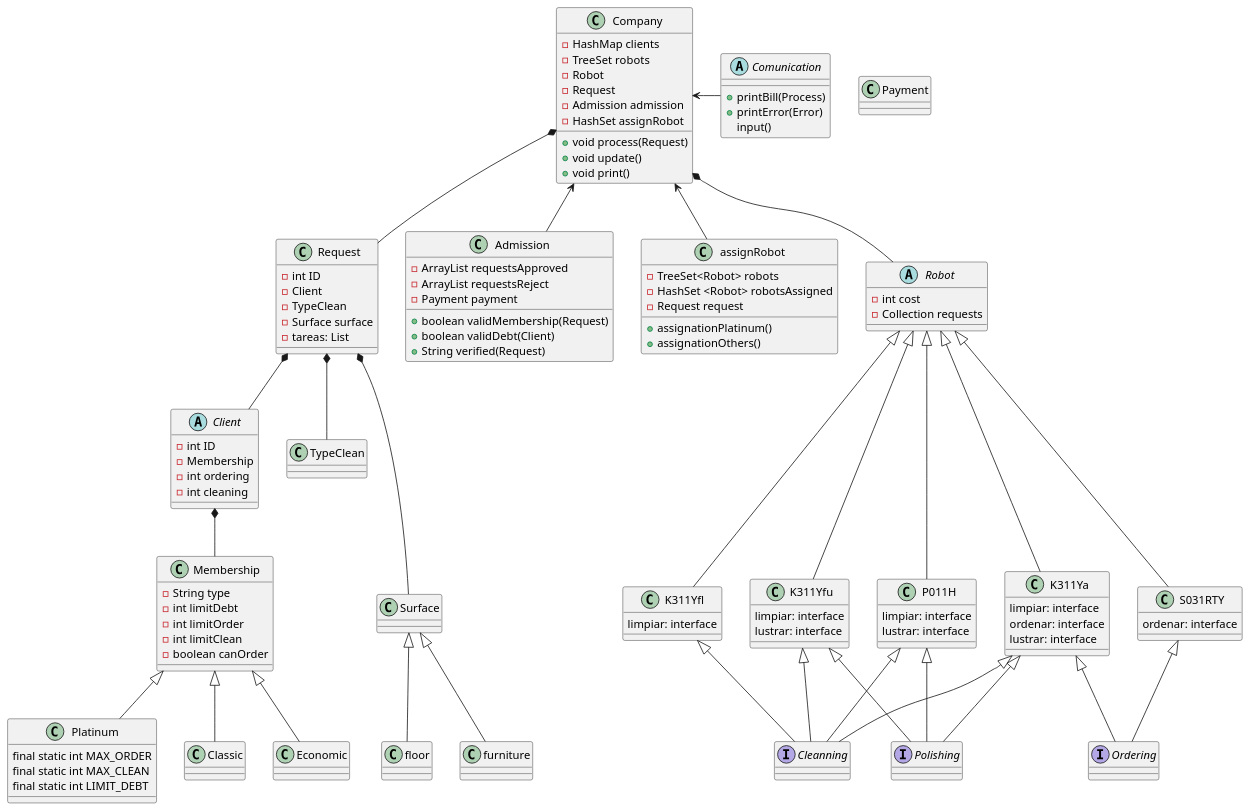
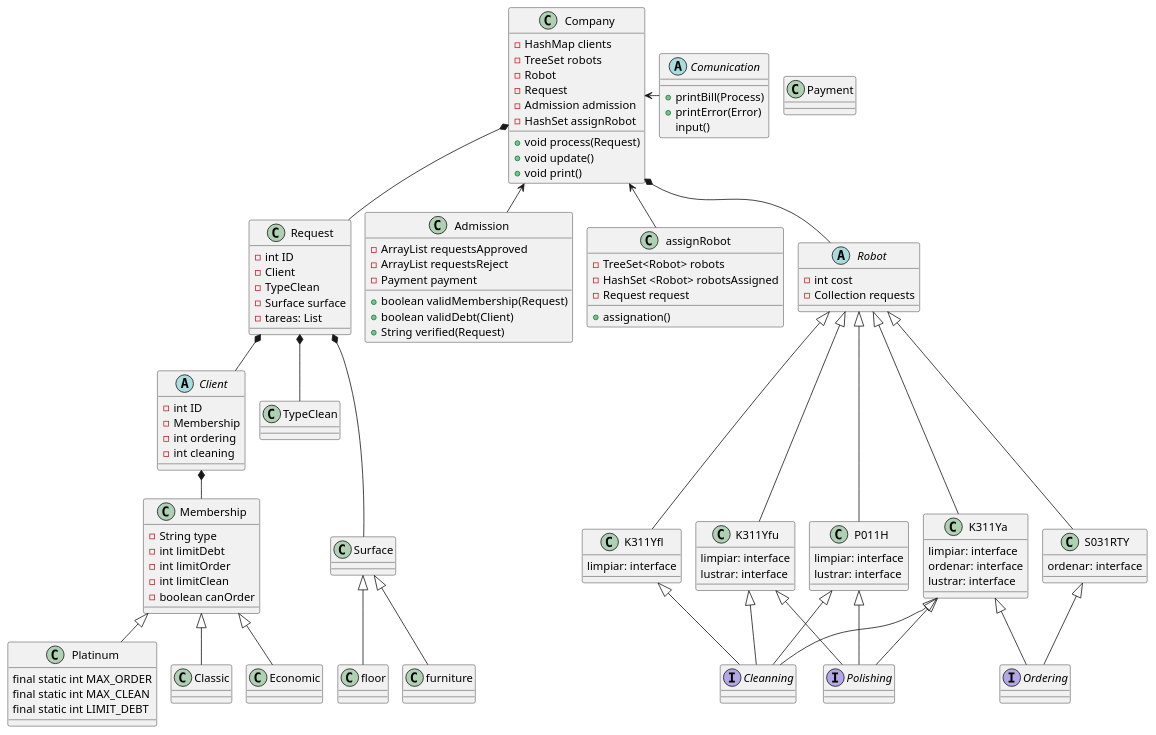
One commit to Grupo-3-Labo-y-prog/RobotsTP changed the diagram in src/main/java/rit/biss.puml. Above: the diagram before and after it, drawn with PlantUML. The commit also changed 3 other files, not shown here.

```diff
--- a/src/main/java/rit/biss.puml
+++ b/src/main/java/rit/biss.puml
@@ -1,178 +1,176 @@
 @startuml
 'https://plantuml.com/class-diagram
-
+!pragma layout smetana
 abstract Client
 class Membership
 class Platinum
 class Classic
 class Economic
 class Request
 class TypeClean
 class Surface
 class floor
 class furniture
 class Admission
 class Company
 class assignRobot
 class Payment
 abstract class Robot
 interface Ordering
 interface Cleanning
 interface Polishing
 class K311Yfl
 class K311Yfu
 class P011H
 class K311Ya
 class S031RTY
 
 
 Client *-- Membership
 Membership <|-- Platinum
 Membership <|-- Classic
 Membership <|-- Economic
 Company <-- Admission
 Company <-- assignRobot
 Company <- Comunication
 Company *-- Robot
 Company *-- Request
 Request *-- Client
 Request *-- TypeClean
 Request *---Surface
 Surface<|-- floor
 Surface<|-- furniture
 Robot <|--- K311Ya
 Robot <|---S031RTY
 Robot <|---P011H
 Robot <|---K311Yfu
 Robot <|--- K311Yfl
 K311Yfl <|-- Cleanning
 K311Ya <|-- Cleanning
 K311Ya <|-- Polishing
 K311Ya <|-- Ordering
 S031RTY <|-- Ordering
 P011H <|-- Polishing
 P011H <|-- Cleanning
 K311Yfu <|-- Cleanning
 K311Yfu <|-- Polishing
 
 
 
 abstract Comunication{
 +printBill(Process)
 +printError(Error)
 input()
 }
 
 abstract class Robot{
 '-String model
 '-String surface
 '-boolean canOrder
 '-boolean canShine
 -int cost
 -Collection requests
 
 }
 
 class Company{
 
 -HashMap clients
 -TreeSet robots
 -Robot
 -Request
 -Admission admission
 -HashSet assignRobot
 
 'llama a admission
 +void process(Request)
 +void update()
 +void print()
 
 
 }
 
 'posible clase
 class Admission{
 -ArrayList requestsApproved
 -ArrayList requestsReject
 -Payment payment
 '-ArrayList clients
 
 'ej: pedir un ordenamiento cuando no puede
 +boolean validMembership(Request)
 +boolean validDebt(Client)
 +String verified(Request)
 
 
 }
 
 
 class assignRobot{
 -TreeSet<Robot> robots
 -HashSet <Robot> robotsAssigned
 -Request request
 
-+assignationPlatinum()
-+assignationOthers()
-
++assignation()
 
 'while Request.tareas != null
     'recorro robots: if(robot instanceOf tarea) --> resultado.add(Robot,tarea)
     'itero a la siguiente tarea
     'si el robot siguiente puede hacer la otra tarea: if(robot instanceOf tarea) --> resultado.add(Robot,tarea) /se va a pisar en el mismo robot la segunda tarea (como es tree no se duplica el robot y asumo que ambas tareas la hace un solo robot. Por ahora solo asigno uno
     'else (robot !instanceOf tarea)- voy al sig robot y así sucesivamente hasta que encuentro otro robot --> resultado.add(Robot,tarea)
     'Aca se va a crear otro nodo de Robot voy a tener dos elementos en resultado: resultado(1): Robot XXX/LIMPIEZA - Robot YYY/ ORDENAM etc.
     'voy a retornar el hashMap resultado y al iterarlo voy a saber que robots asigne
 }
 
 
 class Request{
 -int ID
 -Client
 -TypeClean
 -Surface surface
 '-String address?
 - tareas: List
 }
 
 abstract Client{
 -int ID
 -Membership
 -int ordering
 -int cleaning
 'String address?
 }
 
 class Membership{
 -String type
 -int limitDebt
 -int limitOrder
 -int limitClean
 -boolean canOrder
 }
 
 class Platinum{
 final static int MAX_ORDER
 final static int MAX_CLEAN
 final static int LIMIT_DEBT
 }
 
 class K311Yfl{
 limpiar: interface
 }
 class K311Yfu{
 limpiar: interface
 lustrar: interface
 }
 class P011H{
 limpiar: interface
 lustrar: interface
 }
 class S031RTY{
 ordenar: interface
 }
 class K311Ya{
 limpiar: interface
 ordenar: interface
 lustrar: interface
 }
 @enduml
```
